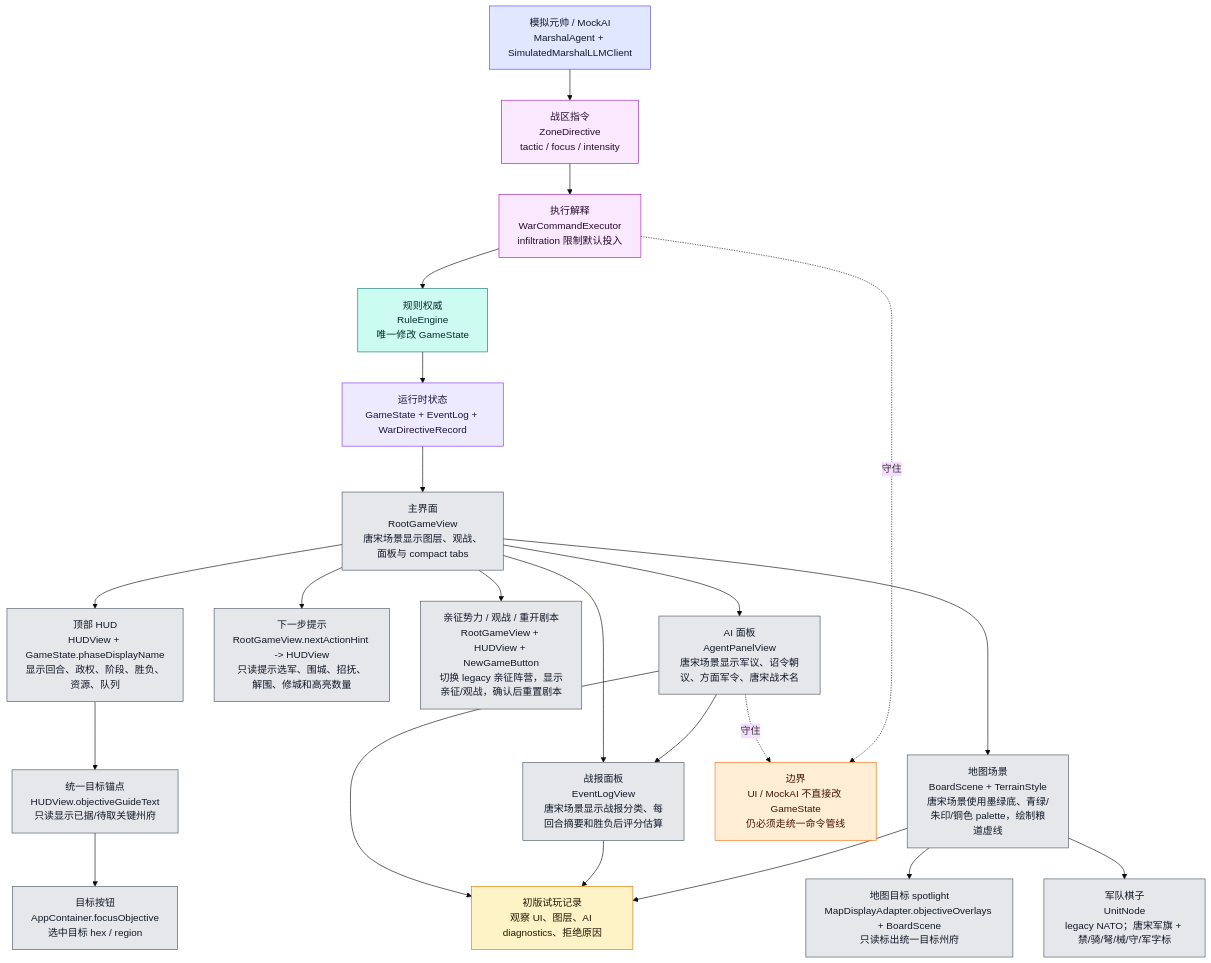
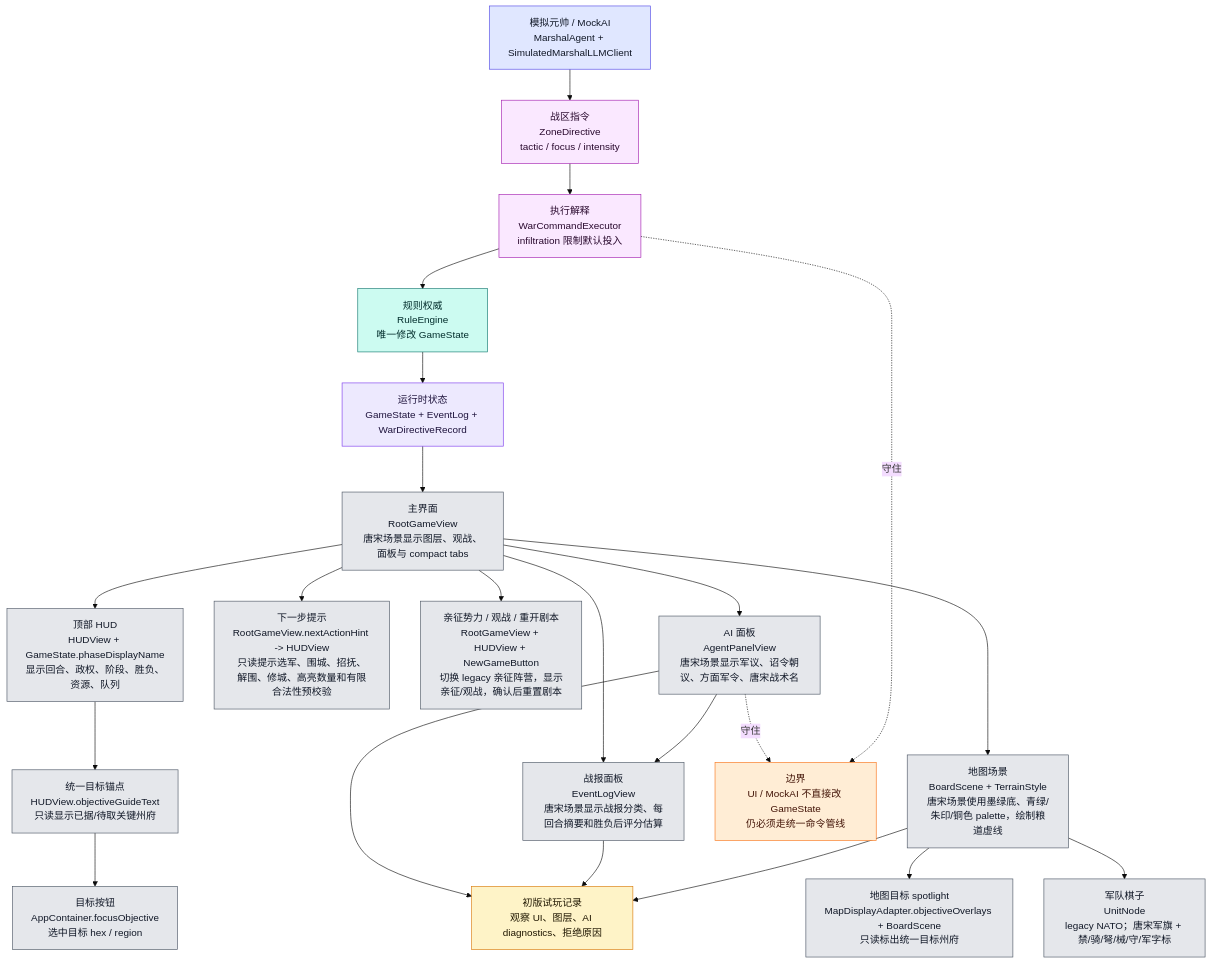
The tenth of 12 diagrams in md/flow/flowchart.md (Altman-sam114/125), drawn with Mermaid (base theme) before and after one commit. The commit also changed other lines of this file and 8 other files, not shown here.

````diff
--- a/md/flow/flowchart.md
+++ b/md/flow/flowchart.md
@@ -550,48 +551,48 @@
 ```mermaid
 flowchart TD
     STATE["运行时状态<br/>GameState + EventLog + WarDirectiveRecord"]:::state
     ROOT["主界面<br/>RootGameView<br/>唐宋场景显示图层、观战、面板与 compact tabs"]:::ui
     HUD["顶部 HUD<br/>HUDView + GameState.phaseDisplayName<br/>显示回合、政权、阶段、胜负、资源、队列"]:::ui
     GOAL["统一目标锚点<br/>HUDView.objectiveGuideText<br/>只读显示已据/待取关键州府"]:::ui
     FOCUS["目标按钮<br/>AppContainer.focusObjective<br/>选中目标 hex / region"]:::ui
     SPOTLIGHT["地图目标 spotlight<br/>MapDisplayAdapter.objectiveOverlays + BoardScene<br/>只读标出统一目标州府"]:::ui
-    HINT["下一步提示<br/>RootGameView.nextActionHint -> HUDView<br/>只读提示选军、围城、招抚、解围、修城和高亮数量"]:::ui
+    HINT["下一步提示<br/>RootGameView.nextActionHint -> HUDView<br/>只读提示选军、围城、招抚、解围、修城、高亮数量和有限合法性预校验"]:::ui
     SESSIONHUD["亲征势力 / 观战 / 重开剧本<br/>RootGameView + HUDView + NewGameButton<br/>切换 legacy 亲征阵营，显示亲征/观战，确认后重置剧本"]:::ui
     LOG["战报面板<br/>EventLogView<br/>唐宋场景显示战报分类、每回合摘要和胜负后评分估算"]:::ui
     AIUI["AI 面板<br/>AgentPanelView<br/>唐宋场景显示军议、诏令朝议、方面军令、唐宋战术名"]:::ui
     BOARD["地图场景<br/>BoardScene + TerrainStyle<br/>唐宋场景使用墨绿底、青绿/朱印/铜色 palette，绘制粮道虚线"]:::ui
     UNIT["军队棋子<br/>UnitNode<br/>legacy NATO；唐宋军旗 + 禁/骑/弩/械/守/军字标"]:::ui
     MARSHAL["模拟元帅 / MockAI<br/>MarshalAgent + SimulatedMarshalLLMClient"]:::ai
     ZD["战区指令<br/>ZoneDirective<br/>tactic / focus / intensity"]:::command
     WCE["执行解释<br/>WarCommandExecutor<br/>infiltration 限制默认投入"]:::command
     RULE["规则权威<br/>RuleEngine<br/>唯一修改 GameState"]:::rules
     PLAYTEST["初版试玩记录<br/>观察 UI、图层、AI diagnostics、拒绝原因"]:::doc
 
     STATE --> ROOT
     ROOT --> HUD
     HUD --> GOAL --> FOCUS
     BOARD --> SPOTLIGHT
     ROOT --> HINT
     ROOT --> SESSIONHUD
     ROOT --> LOG
     ROOT --> AIUI
     AIUI --> LOG
     ROOT --> BOARD
     BOARD --> UNIT
     MARSHAL --> ZD --> WCE --> RULE --> STATE
     AIUI --> PLAYTEST
     LOG --> PLAYTEST
     BOARD --> PLAYTEST
 
     WARN["边界<br/>UI / MockAI 不直接改 GameState<br/>仍必须走统一命令管线"]:::warn
     AIUI -.守住.-> WARN
     WCE -.守住.-> WARN
 
     classDef state fill:#ede9fe,stroke:#7c3aed,color:#1f143d
     classDef ui fill:#e5e7eb,stroke:#4b5563,color:#111827
     classDef ai fill:#e0e7ff,stroke:#4f46e5,color:#111827
     classDef command fill:#fae8ff,stroke:#a21caf,color:#2a0a2f
     classDef rules fill:#ccfbf1,stroke:#0f766e,color:#042f2e
     classDef doc fill:#fef3c7,stroke:#d97706,color:#1f1600
     classDef warn fill:#ffedd5,stroke:#f97316,color:#431407
 ```
````
